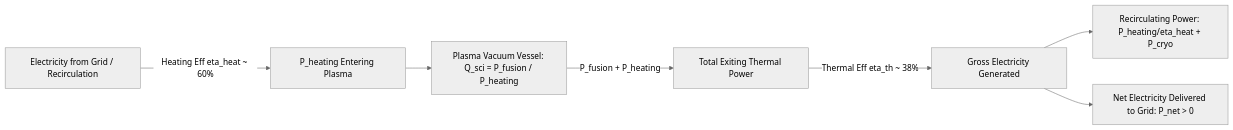
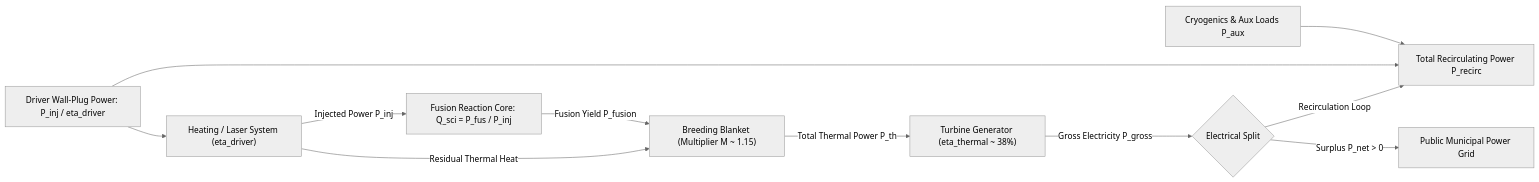
The third of 6 diagrams in TUTORIAL.md (skhy-ai/tami-cama), drawn with Mermaid (neutral theme) before and after one commit. The commit also changed other lines of this file and 4 other files, not shown here.

````diff
--- a/TUTORIAL.md
+++ b/TUTORIAL.md
@@ -81,9 +181,16 @@
 ```mermaid
 flowchart LR
-    P_heat["Electricity from Grid / Recirculation"] -->|Heating Eff eta_heat ~ 60%| P_in["P_heating Entering Plasma"]
-    P_in --> Vacuum["Plasma Vacuum Vessel: Q_sci = P_fusion / P_heating"]
-    Vacuum -->|P_fusion + P_heating| P_exit["Total Exiting Thermal Power"]
-    P_exit -->|Thermal Eff eta_th ~ 38%| P_gross["Gross Electricity Generated"]
-    P_gross --> P_recirc["Recirculating Power: P_heating/eta_heat + P_cryo"]
-    P_gross --> P_net["Net Electricity Delivered to Grid: P_net > 0"]
+    P_driver_elec["Driver Wall-Plug Power: P_inj / eta_driver"] --> DriverSys["Heating / Laser System (eta_driver)"]
+    P_aux["Cryogenics & Aux Loads P_aux"] --> RecircSum["Total Recirculating Power P_recirc"]
+    P_driver_elec --> RecircSum
+    
+    DriverSys -->|Injected Power P_inj| Core["Fusion Reaction Core: Q_sci = P_fus / P_inj"]
+    Core -->|Fusion Yield P_fusion| Blanket["Breeding Blanket (Multiplier M ~ 1.15)"]
+    DriverSys -->|Residual Thermal Heat| Blanket
+    
+    Blanket -->|Total Thermal Power P_th| Turbine["Turbine Generator (eta_thermal ~ 38%)"]
+    Turbine -->|Gross Electricity P_gross| SplitNode{"Electrical Split"}
+    
+    SplitNode -->|Recirculation Loop| RecircSum
+    SplitNode -->|Surplus P_net > 0| Grid["Public Municipal Power Grid"]
 ```
````
